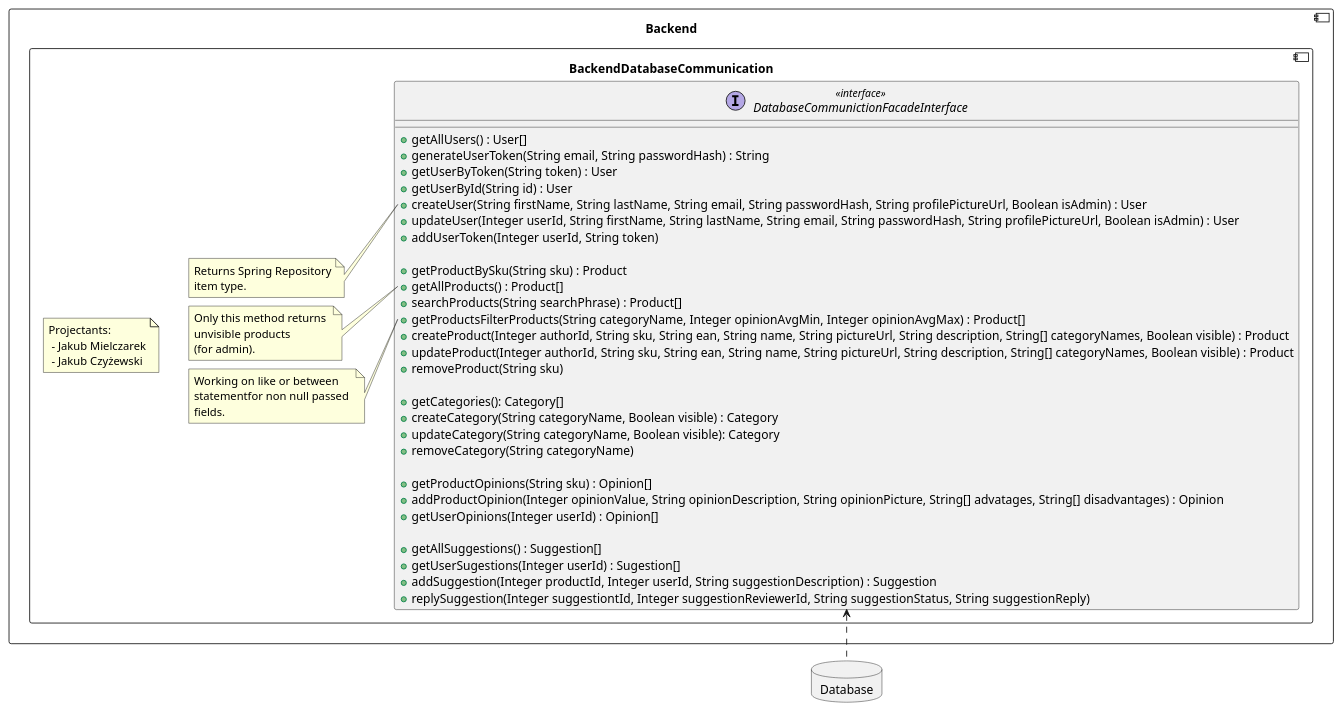
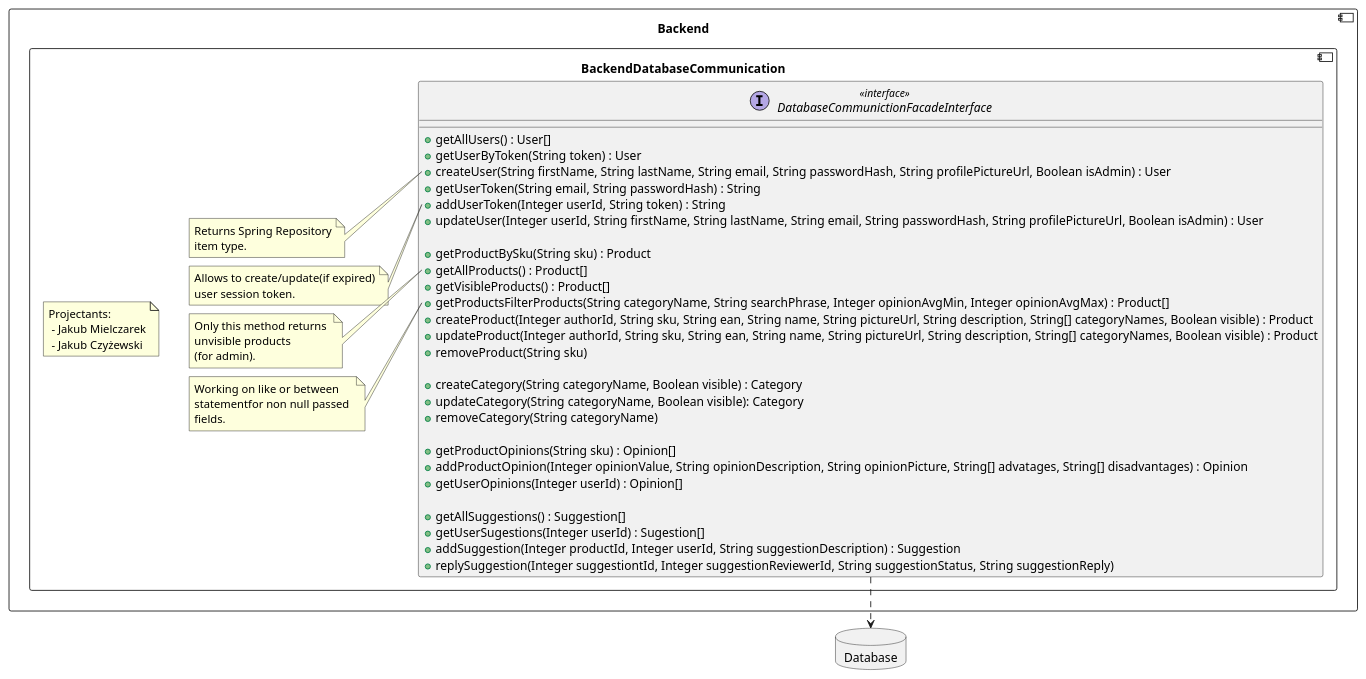
Before and after one commit to RadekBucki/OpinionCollectorArchitecture: the diagram in backend/BackendDatabaseCommunication.md, drawn with PlantUML. The commit also changed 2 other files, not shown here.

Commit message:
Change all of the inconsistent things

````diff
--- a/backend/BackendDatabaseCommunication.md
+++ b/backend/BackendDatabaseCommunication.md
@@ -3,66 +3,69 @@
 ```plantuml
 @startuml
 
 database Database {
 }
 component Backend {
     component BackendDatabaseCommunication {
         note as Authors
             Projectants: 
              - Jakub Mielczarek
              - Jakub Czyżewski
         endnote
         interface DatabaseCommunictionFacadeInterface <<interface>> {
             + getAllUsers() : User[]
-            + generateUserToken(String email, String passwordHash) : String
             + getUserByToken(String token) : User
-            + getUserById(String id) : User
             + createUser(String firstName, String lastName, String email, String passwordHash, String profilePictureUrl, Boolean isAdmin) : User
+            + getUserToken(String email, String passwordHash) : String
+            + addUserToken(Integer userId, String token) : String
             + updateUser(Integer userId, String firstName, String lastName, String email, String passwordHash, String profilePictureUrl, Boolean isAdmin) : User
-            + addUserToken(Integer userId, String token)
-            
+        
             + getProductBySku(String sku) : Product
             + getAllProducts() : Product[]
-            + searchProducts(String searchPhrase) : Product[]
-            + getProductsFilterProducts(String categoryName, Integer opinionAvgMin, Integer opinionAvgMax) : Product[]
+            + getVisibleProducts() : Product[]
+            + getProductsFilterProducts(String categoryName, String searchPhrase, Integer opinionAvgMin, Integer opinionAvgMax) : Product[]
             + createProduct(Integer authorId, String sku, String ean, String name, String pictureUrl, String description, String[] categoryNames, Boolean visible) : Product
             + updateProduct(Integer authorId, String sku, String ean, String name, String pictureUrl, String description, String[] categoryNames, Boolean visible) : Product
             + removeProduct(String sku)
-            
-            + getCategories(): Category[]
+
             + createCategory(String categoryName, Boolean visible) : Category
             + updateCategory(String categoryName, Boolean visible): Category
             + removeCategory(String categoryName)
             
             + getProductOpinions(String sku) : Opinion[]
             + addProductOpinion(Integer opinionValue, String opinionDescription, String opinionPicture, String[] advatages, String[] disadvantages) : Opinion
             + getUserOpinions(Integer userId) : Opinion[]
             
             + getAllSuggestions() : Suggestion[]
             + getUserSugestions(Integer userId) : Sugestion[]
             + addSuggestion(Integer productId, Integer userId, String suggestionDescription) : Suggestion
             + replySuggestion(Integer suggestiontId, Integer suggestionReviewerId, String suggestionStatus, String suggestionReply)
         }
         note left of DatabaseCommunictionFacadeInterface::createUser
             Returns Spring Repository
             item type.
         endnote
         
+        note left of DatabaseCommunictionFacadeInterface::addUserToken
+            Allows to create/update(if expired)
+            user session token.
+        endnote
+        
         note left of DatabaseCommunictionFacadeInterface::getAllProducts
             Only this method returns 
             unvisible products
             (for admin).
         endnote
         
         note left of DatabaseCommunictionFacadeInterface::getProductsFilterProducts
             Working on like or between 
             statementfor non null passed 
             fields.
         endnote
     }
 }
 
-DatabaseCommunictionFacadeInterface <.. Database
+DatabaseCommunictionFacadeInterface ..> Database
 
 @enduml 
 ```
````
